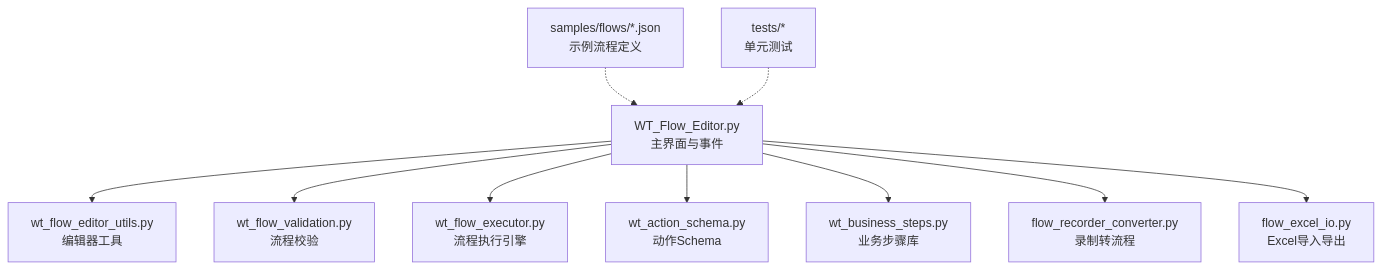
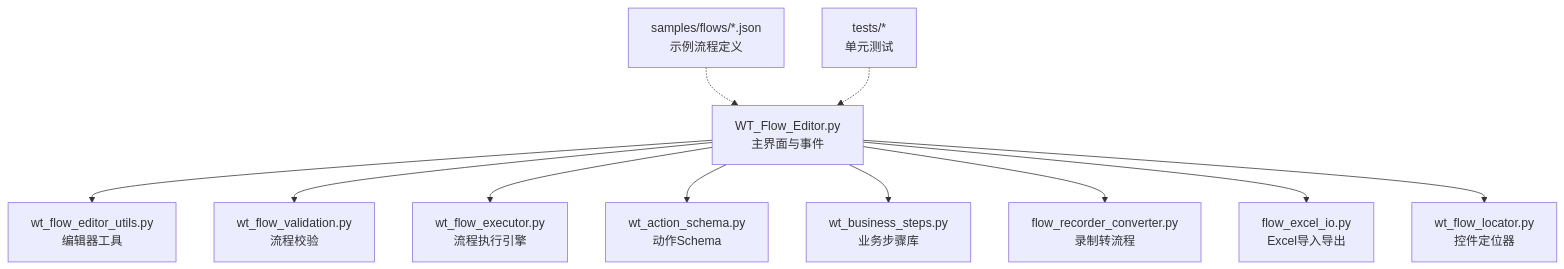
The first of 7 diagrams in .qoder/repowiki/zh/content/可视化工具/流程编辑器.md (hanago33/WT_Automation), drawn with Mermaid before and after one commit. The commit also changed other lines of this file and 247 other files, not shown here.

````diff
--- a/.qoder/repowiki/zh/content/可视化工具/流程编辑器.md
+++ b/.qoder/repowiki/zh/content/可视化工具/流程编辑器.md
@@ -50,12 +61,13 @@
 ```mermaid
 graph TB
 UI["WT_Flow_Editor.py<br/>主界面与事件"] --> Utils["wt_flow_editor_utils.py<br/>编辑器工具"]
 UI --> Validation["wt_flow_validation.py<br/>流程校验"]
 UI --> Executor["wt_flow_executor.py<br/>流程执行引擎"]
 UI --> Schema["wt_action_schema.py<br/>动作Schema"]
 UI --> Business["wt_business_steps.py<br/>业务步骤库"]
 UI --> RecorderConv["flow_recorder_converter.py<br/>录制转流程"]
 UI --> ExcelIO["flow_excel_io.py<br/>Excel导入导出"]
+UI --> Locator["wt_flow_locator.py<br/>控件定位器"]
 Samples["samples/flows/*.json<br/>示例流程定义"] -.-> UI
 Tests["tests/*<br/>单元测试"] -.-> UI
 ```
````
